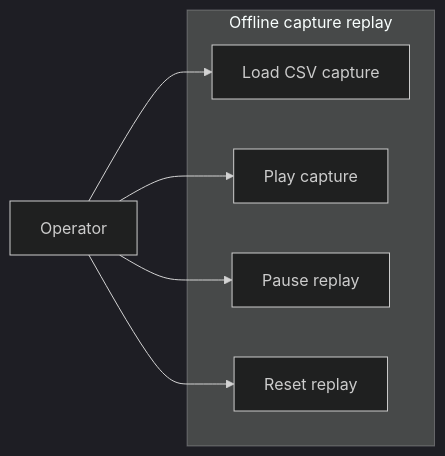
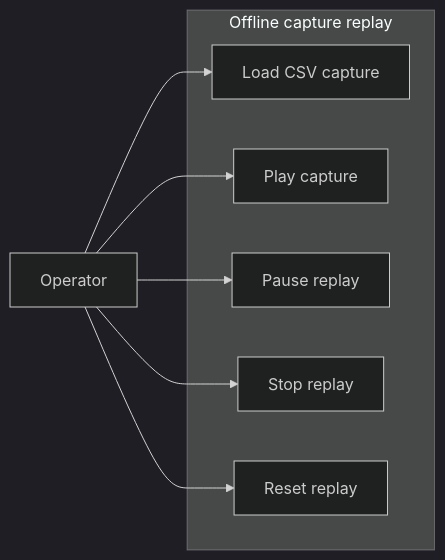
One commit to benoit-bremaud/can-sniffer changed the diagram in docs/architecture/diagrams/offline-replay/01-use-case.md. Above: the diagram before and after it, drawn with Mermaid (dark theme). The commit also changed 6 other files, not shown here.

````diff
--- a/docs/architecture/diagrams/offline-replay/01-use-case.md
+++ b/docs/architecture/diagrams/offline-replay/01-use-case.md
@@ -12,14 +12,16 @@
 ```mermaid
 flowchart LR
     Operator[Operator]
     subgraph OfflineReplay[Offline capture replay]
         Load[Load CSV capture]
         Play[Play capture]
         Pause[Pause replay]
+        Stop[Stop replay]
         Reset[Reset replay]
     end
     Operator --> Load
     Operator --> Play
     Operator --> Pause
+    Operator --> Stop
     Operator --> Reset
 ```
````
